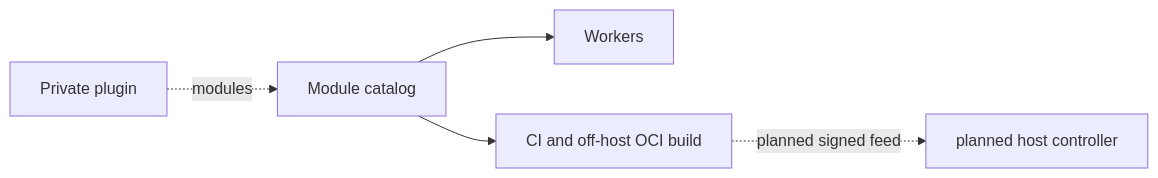
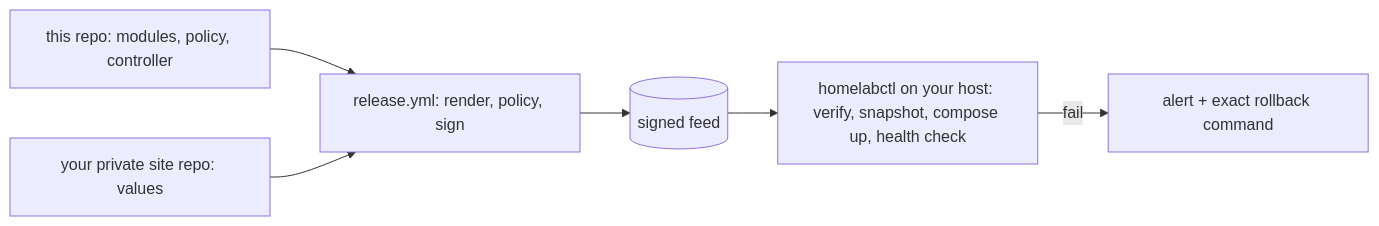
Before and after one commit to jon-robbins/homelab: the diagram in README.md, drawn with Mermaid. The commit also changed other lines of this file and 45 other files, not shown here.

````diff
--- a/README.md
+++ b/README.md
@@ -31,7 +13,8 @@
 ```mermaid
 flowchart LR
-  C[Module catalog] --> W[Workers]
-  E[Private plugin] -. modules .-> C
-  C --> CI[CI and off-host OCI build]
-  CI -. planned signed feed .-> H[planned host controller]
+  P[this repo: modules, policy, controller] --> R[release.yml: render, policy, sign]
+  S[your private site repo: values] --> R
+  R --> F[(signed feed)]
+  F --> C[homelabctl on your host: verify, snapshot, compose up, health check]
+  C -->|fail| A[alert + exact rollback command]
 ```
````
